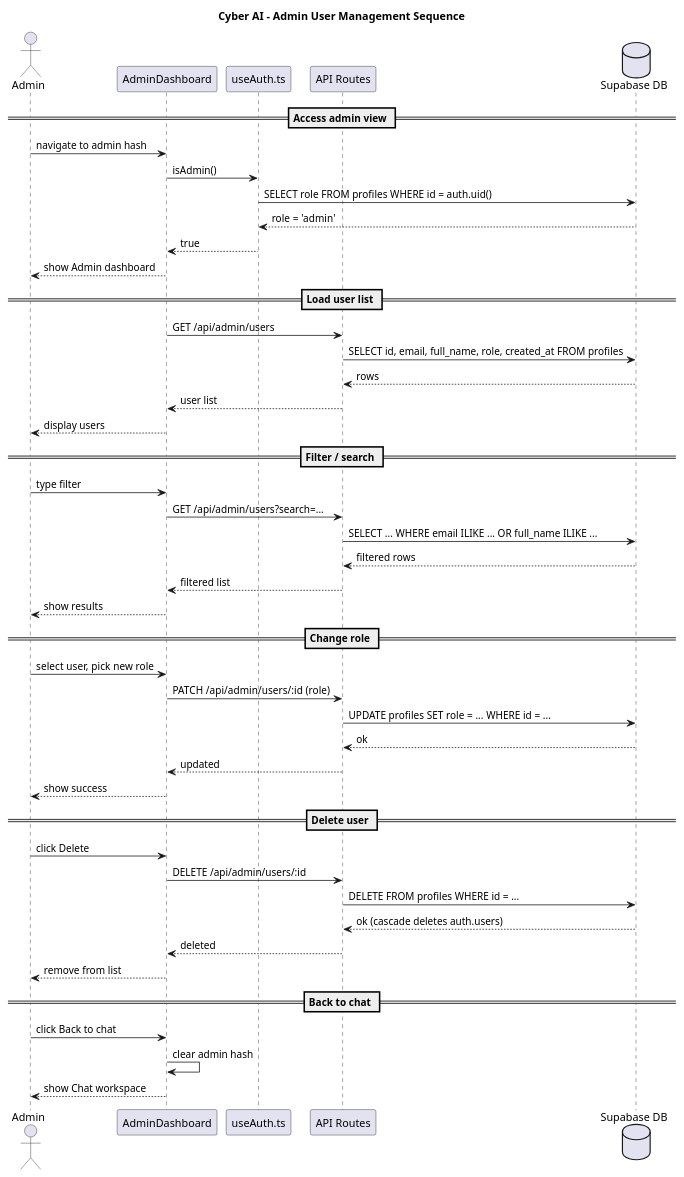
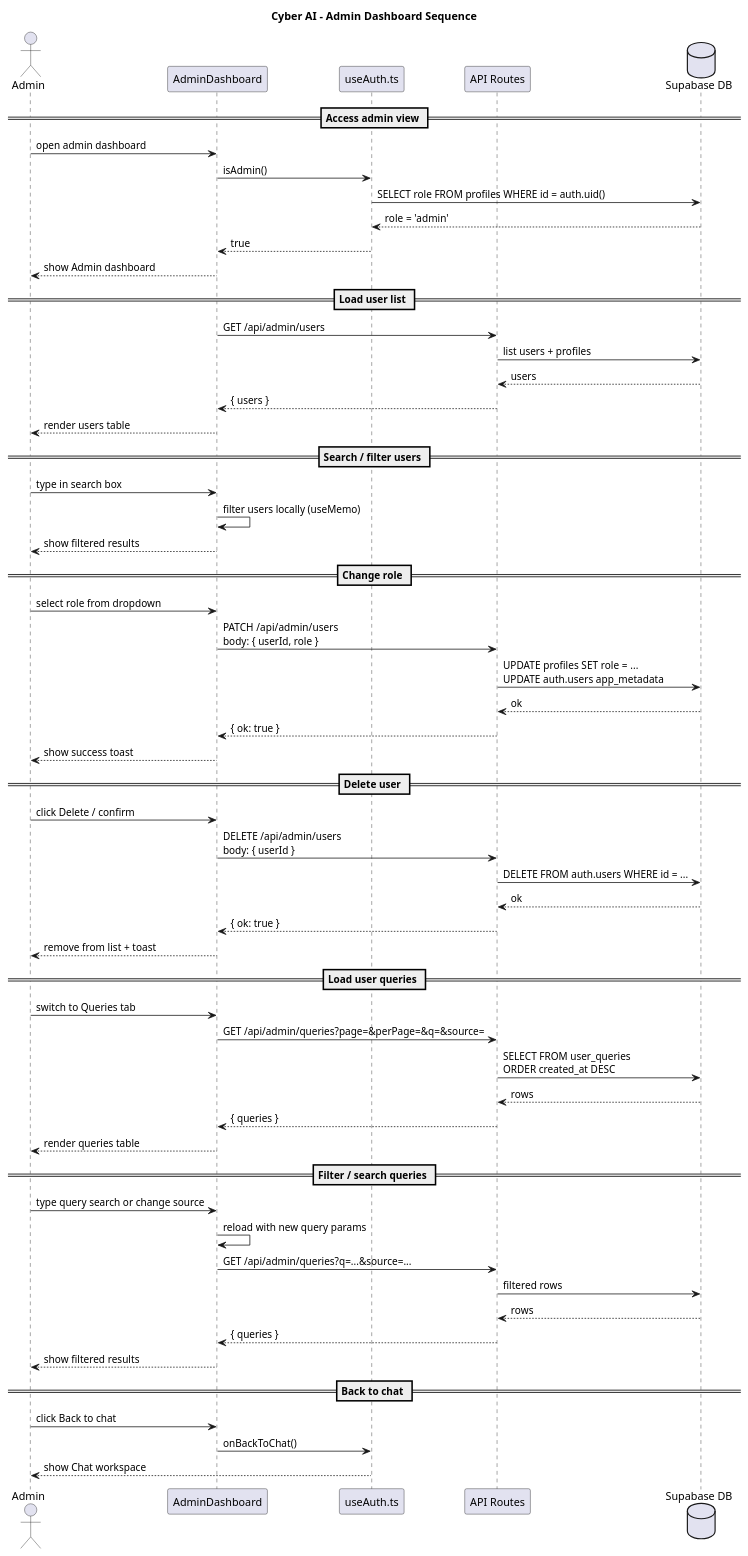
The diagram in dia/sequence-admin-flow.puml (OshekharO/Cyber-Ai), drawn with PlantUML before and after one commit.

Commit message:
docs(dia): update admin dashboard sequence diagram

```diff
--- a/dia/sequence-admin-flow.puml
+++ b/dia/sequence-admin-flow.puml
@@ -1,53 +1,68 @@
 @startuml
-title Cyber AI - Admin User Management Sequence
+title Cyber AI - Admin Dashboard Sequence
 
 actor Admin
 participant "AdminDashboard" as UI
 participant "useAuth.ts" as Auth
 participant "API Routes" as API
 database "Supabase DB" as DB
 
 == Access admin view ==
-Admin -> UI : navigate to admin hash
+Admin -> UI : open admin dashboard
 UI -> Auth : isAdmin()
 Auth -> DB : SELECT role FROM profiles WHERE id = auth.uid()
 DB --> Auth : role = 'admin'
 Auth --> UI : true
 UI --> Admin : show Admin dashboard
 
 == Load user list ==
 UI -> API : GET /api/admin/users
-API -> DB : SELECT id, email, full_name, role, created_at FROM profiles
-DB --> API : rows
-API --> UI : user list
-UI --> Admin : display users
+API -> DB : list users + profiles
+DB --> API : users
+API --> UI : { users }
+UI --> Admin : render users table
 
-== Filter / search ==
-Admin -> UI : type filter
-UI -> API : GET /api/admin/users?search=...
-API -> DB : SELECT ... WHERE email ILIKE ... OR full_name ILIKE ...
-DB --> API : filtered rows
-API --> UI : filtered list
-UI --> Admin : show results
+== Search / filter users ==
+Admin -> UI : type in search box
+UI -> UI : filter users locally (useMemo)
+UI --> Admin : show filtered results
 
 == Change role ==
-Admin -> UI : select user, pick new role
-UI -> API : PATCH /api/admin/users/:id (role)
-API -> DB : UPDATE profiles SET role = ... WHERE id = ...
+Admin -> UI : select role from dropdown
+UI -> API : PATCH /api/admin/users\nbody: { userId, role }
+API -> DB : UPDATE profiles SET role = ...\nUPDATE auth.users app_metadata
 DB --> API : ok
-API --> UI : updated
-UI --> Admin : show success
+API --> UI : { ok: true }
+UI --> Admin : show success toast
 
 == Delete user ==
-Admin -> UI : click Delete
-UI -> API : DELETE /api/admin/users/:id
-API -> DB : DELETE FROM profiles WHERE id = ...
-DB --> API : ok (cascade deletes auth.users)
-API --> UI : deleted
-UI --> Admin : remove from list
+Admin -> UI : click Delete / confirm
+UI -> API : DELETE /api/admin/users\nbody: { userId }
+API -> DB : DELETE FROM auth.users WHERE id = ...
+DB --> API : ok
+API --> UI : { ok: true }
+UI --> Admin : remove from list + toast
+
+== Load user queries ==
+Admin -> UI : switch to Queries tab
+UI -> API : GET /api/admin/queries?page=&perPage=&q=&source=
+API -> DB : SELECT FROM user_queries\nORDER created_at DESC
+DB --> API : rows
+API --> UI : { queries }
+UI --> Admin : render queries table
+
+== Filter / search queries ==
+Admin -> UI : type query search or change source
+UI -> UI : reload with new query params
+UI -> API : GET /api/admin/queries?q=...&source=...
+API -> DB : filtered rows
+DB --> API : rows
+API --> UI : { queries }
+UI --> Admin : show filtered results
 
 == Back to chat ==
 Admin -> UI : click Back to chat
-UI -> UI : clear admin hash
-UI --> Admin : show Chat workspace
+UI -> Auth : onBackToChat()
+Auth --> Admin : show Chat workspace
+
 @enduml
```
